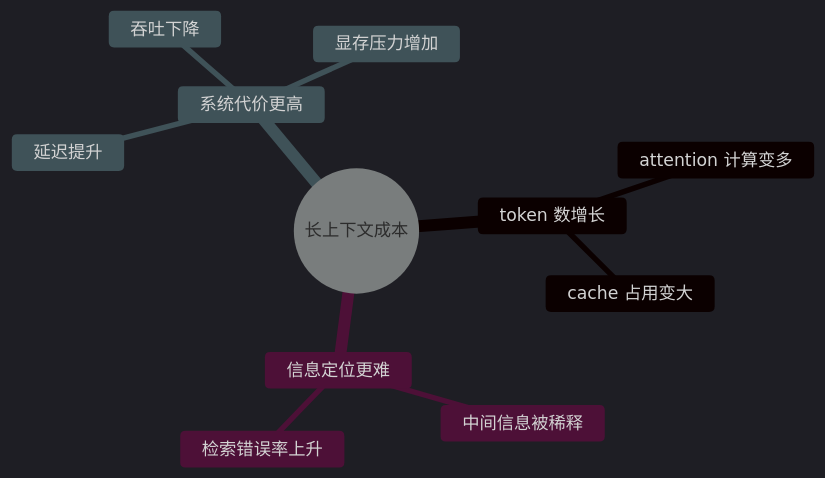
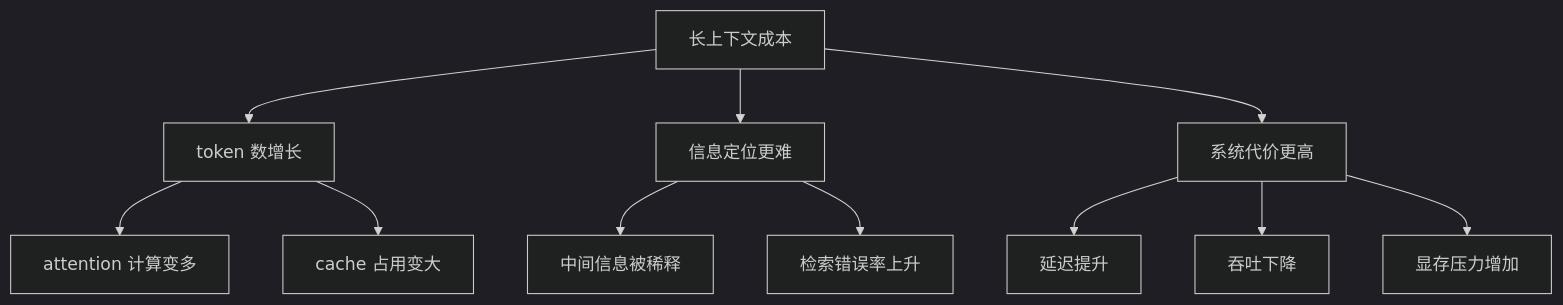
Before and after one commit to xiaoqianbaobao/ai-guide: the third of 5 diagrams in docs/01-llm-foundations/chapter-06-training-inference-and-evolution.md, drawn with Mermaid (dark theme). The commit also changed other lines of this file and 15 other files, not shown here.

````diff
--- a/docs/01-llm-foundations/chapter-06-training-inference-and-evolution.md
+++ b/docs/01-llm-foundations/chapter-06-training-inference-and-evolution.md
@@ -144,14 +144,14 @@
 ```mermaid
-mindmap
-  root((长上下文成本))
-    token 数增长
-      attention 计算变多
-      cache 占用变大
-    信息定位更难
-      中间信息被稀释
-      检索错误率上升
-    系统代价更高
-      延迟提升
-      吞吐下降
-      显存压力增加
+flowchart TD
+    A[长上下文成本]
+    A --> B[token 数增长]
+    A --> C[信息定位更难]
+    A --> D[系统代价更高]
+    B --> B1[attention 计算变多]
+    B --> B2[cache 占用变大]
+    C --> C1[中间信息被稀释]
+    C --> C2[检索错误率上升]
+    D --> D1[延迟提升]
+    D --> D2[吞吐下降]
+    D --> D3[显存压力增加]
 ```
````
